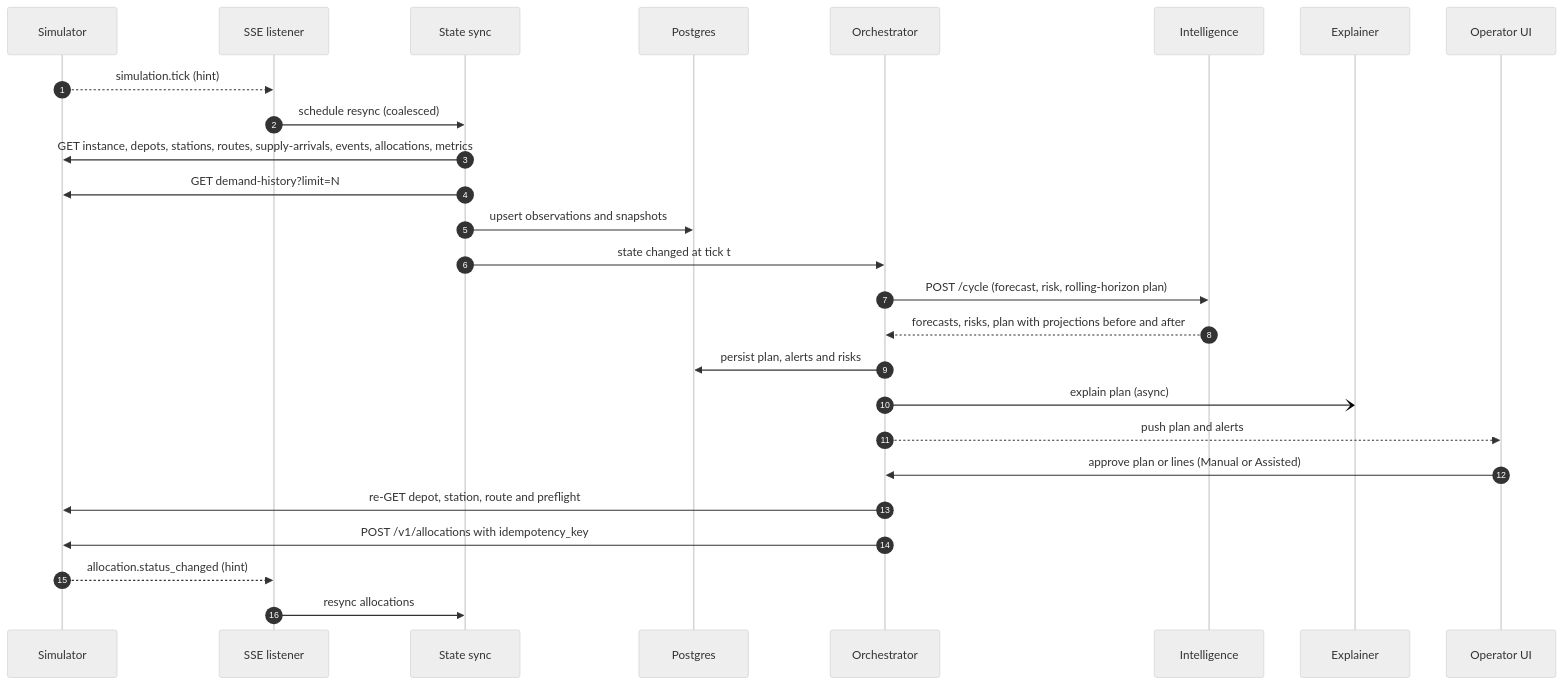
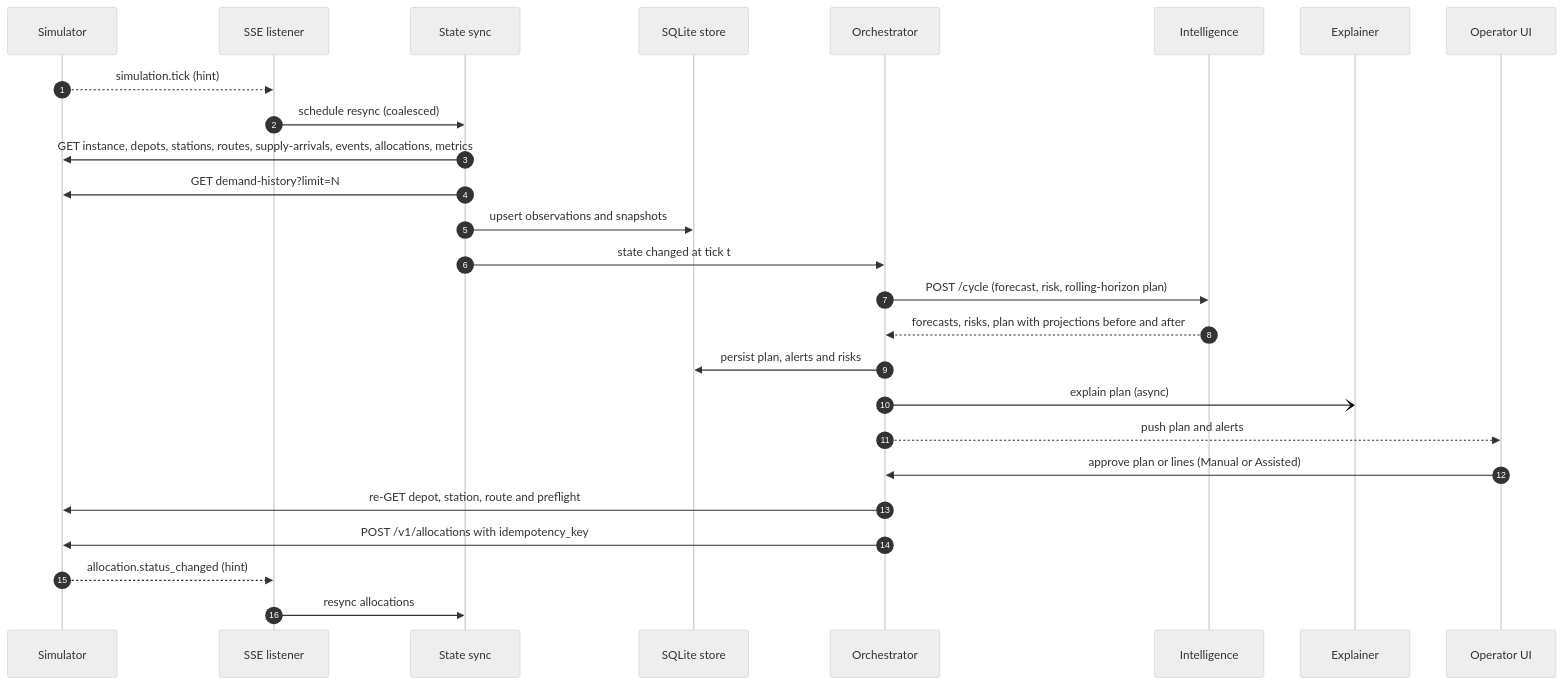
The second of 3 diagrams in architecture.md (ALPHAMAN-0/Intelligent_Fuel_Supply_Operations_Platfrom_Capable), drawn with Mermaid (neutral theme) before and after one commit. The commit also changed other lines of this file and 11 other files, not shown here.

````diff
--- a/architecture.md
+++ b/architecture.md
@@ -237,28 +238,28 @@
 ```mermaid
 sequenceDiagram
   autonumber
   participant S as Simulator
   participant L as SSE listener
   participant Y as State sync
-  participant DB as Postgres
+  participant DB as SQLite store
   participant O as Orchestrator
   participant I as Intelligence
   participant X as Explainer
   participant U as Operator UI
   S-->>L: simulation.tick (hint)
   L->>Y: schedule resync (coalesced)
   Y->>S: GET instance, depots, stations, routes, supply-arrivals, events, allocations, metrics
   Y->>S: GET demand-history?limit=N
   Y->>DB: upsert observations and snapshots
   Y->>O: state changed at tick t
   O->>I: POST /cycle (forecast, risk, rolling-horizon plan)
   I-->>O: forecasts, risks, plan with projections before and after
   O->>DB: persist plan, alerts and risks
   O-)X: explain plan (async)
   O-->>U: push plan and alerts
   U->>O: approve plan or lines (Manual or Assisted)
   O->>S: re-GET depot, station, route and preflight
   O->>S: POST /v1/allocations with idempotency_key
   S-->>L: allocation.status_changed (hint)
   L->>Y: resync allocations
 ```
````
